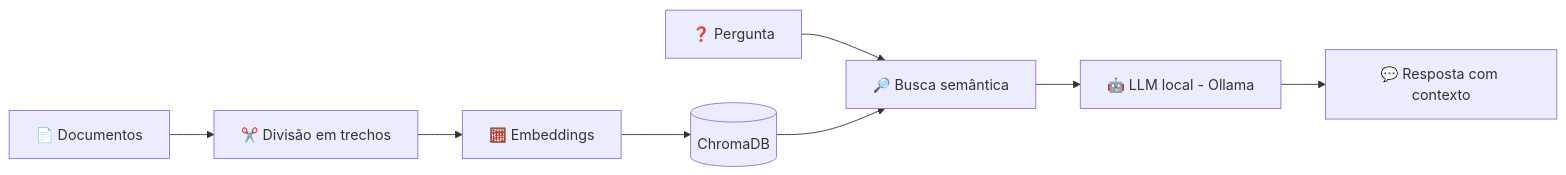
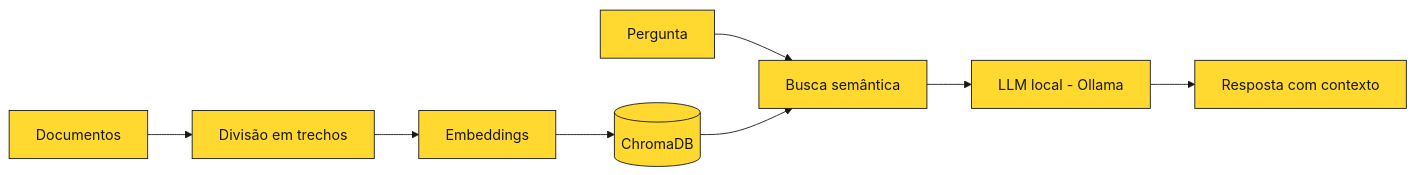
One commit to Larissor/Larissor changed the diagram in README.md. Above: the diagram before and after it, drawn with Mermaid. The commit also changed other lines of this file, not shown here.

````diff
--- a/README.md
+++ b/README.md
@@ -133,10 +95,11 @@
 ```mermaid
+%%{init: {'theme':'base','themeVariables':{'primaryColor':'#FFD92F','primaryTextColor':'#171717','primaryBorderColor':'#171717','lineColor':'#171717','secondaryColor':'#FFF4B8','tertiaryColor':'#FFFFFF'}}}%%
 flowchart LR
-    A[📄 Documentos] --> B[✂️ Divisão em trechos]
-    B --> C[🧮 Embeddings]
+    A[Documentos] --> B[Divisão em trechos]
+    B --> C[Embeddings]
     C --> D[(ChromaDB)]
-    E[❓ Pergunta] --> F[🔎 Busca semântica]
+    E[Pergunta] --> F[Busca semântica]
     D --> F
-    F --> G[🤖 LLM local - Ollama]
-    G --> H[💬 Resposta com contexto]
+    F --> G[LLM local - Ollama]
+    G --> H[Resposta com contexto]
 ```
````
